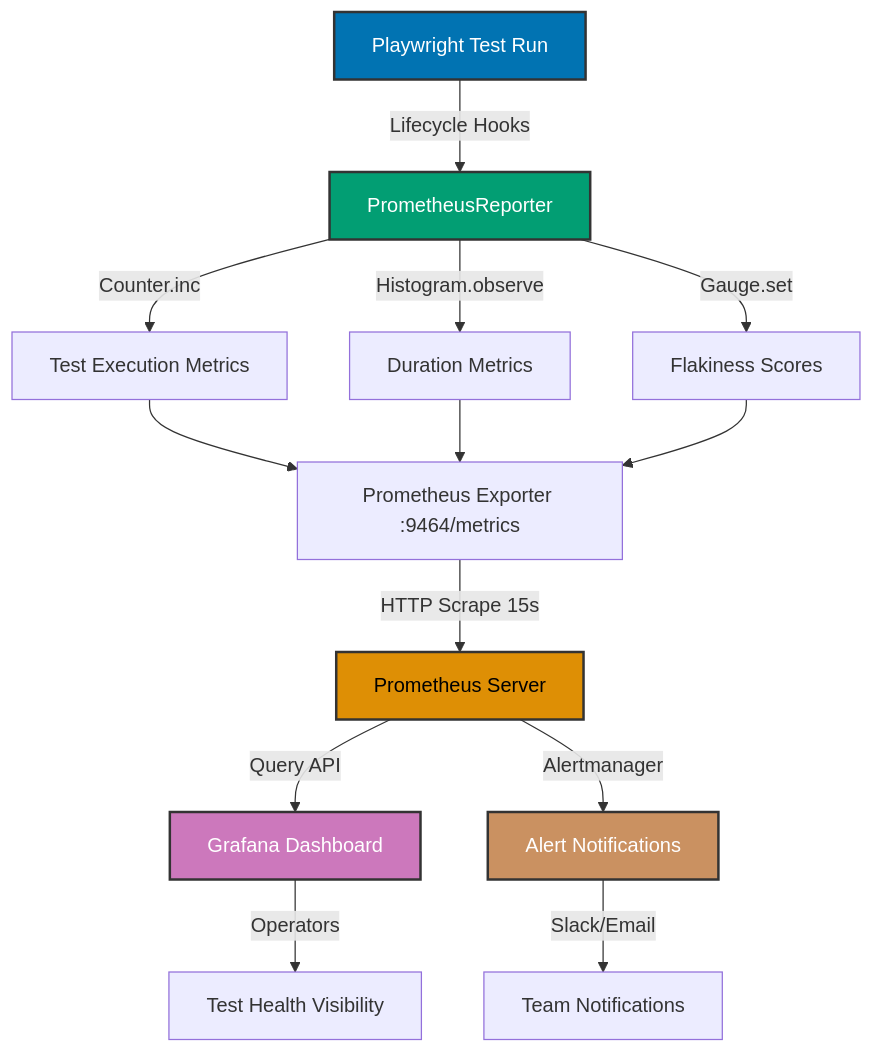
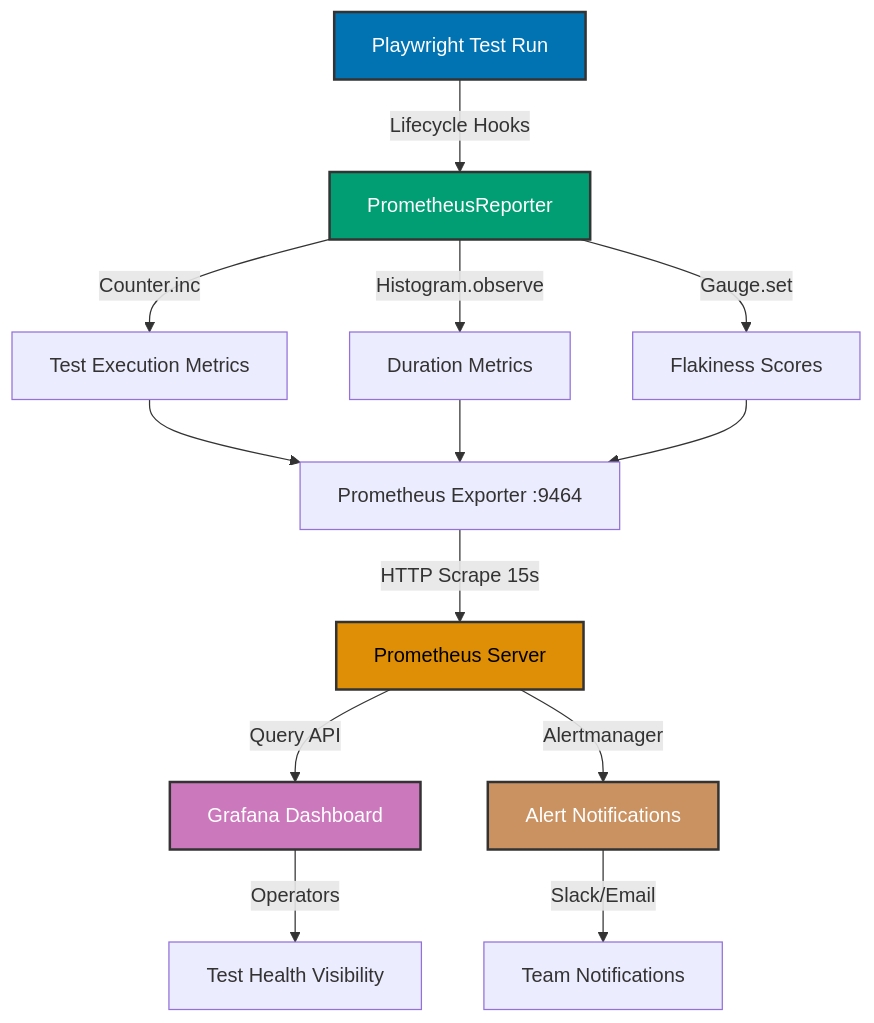
The diagram in apps/ayokoding-www/content/en/learn/software-engineering/automation-testing/tools/playwright/in-the-field/monitoring.md (wahidyankf/baseerah), drawn with Mermaid before and after one commit. The commit also changed 88 other files, not shown here.

First line of the commit message:
fix(ayokoding-www): resolve pre-existing Mermaid violations, exclude fixtures/plans-done

````diff
--- a/apps/ayokoding-www/content/en/learn/software-engineering/automation-testing/tools/playwright/in-the-field/monitoring.md
+++ b/apps/ayokoding-www/content/en/learn/software-engineering/automation-testing/tools/playwright/in-the-field/monitoring.md
@@ -502,21 +502,21 @@
 ```mermaid
 flowchart TD
     A[Playwright Test Run] -->|Lifecycle Hooks| B[PrometheusReporter]
     B -->|Counter.inc| C[Test Execution Metrics]
     B -->|Histogram.observe| D[Duration Metrics]
     B -->|Gauge.set| E[Flakiness Scores]
-    C --> F[Prometheus Exporter :9464/metrics]
+    C --> F[Prometheus Exporter :9464]
     D --> F
     E --> F
     F -->|HTTP Scrape 15s| G[Prometheus Server]
     G -->|Query API| H[Grafana Dashboard]
     G -->|Alertmanager| I[Alert Notifications]
     H -->|Operators| J[Test Health Visibility]
     I -->|Slack/Email| K[Team Notifications]
 
     style A fill:#0173B2,stroke:#333,stroke-width:2px,color:#fff
     style B fill:#029E73,stroke:#333,stroke-width:2px,color:#fff
     style G fill:#DE8F05,stroke:#333,stroke-width:2px,color:#000
     style H fill:#CC78BC,stroke:#333,stroke-width:2px,color:#fff
     style I fill:#CA9161,stroke:#333,stroke-width:2px,color:#fff
 ```
````
